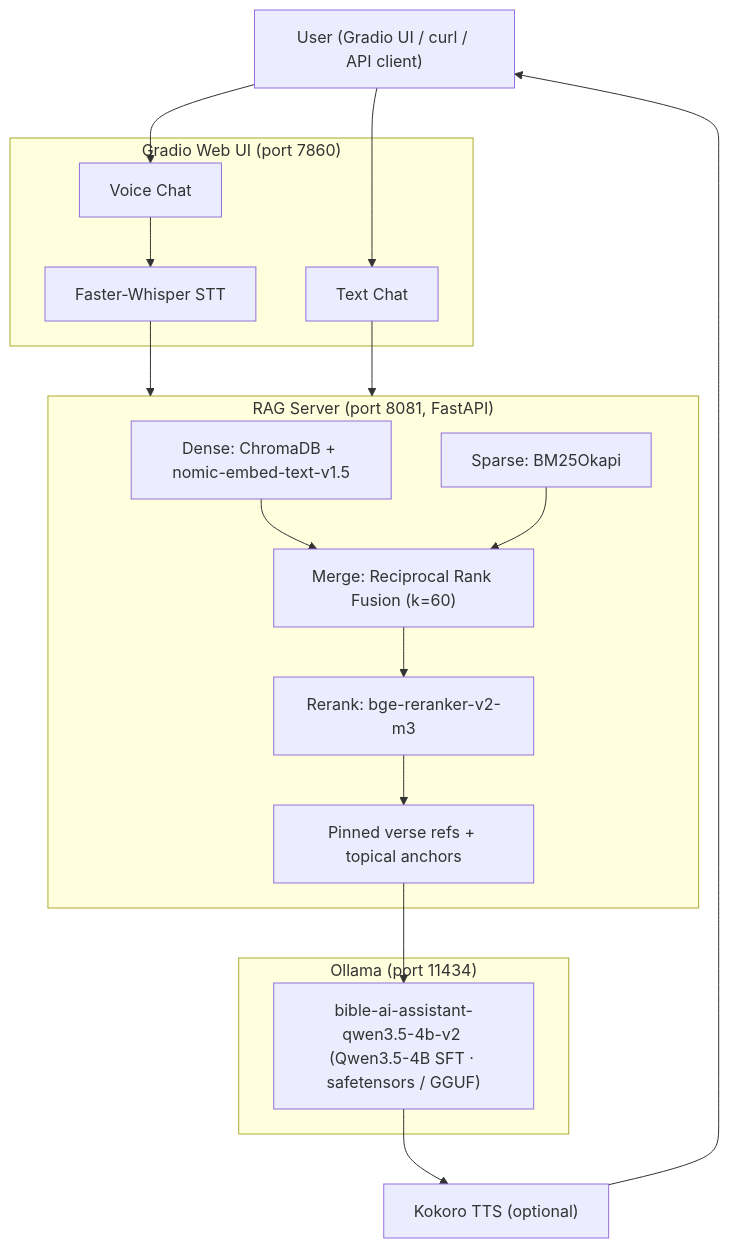
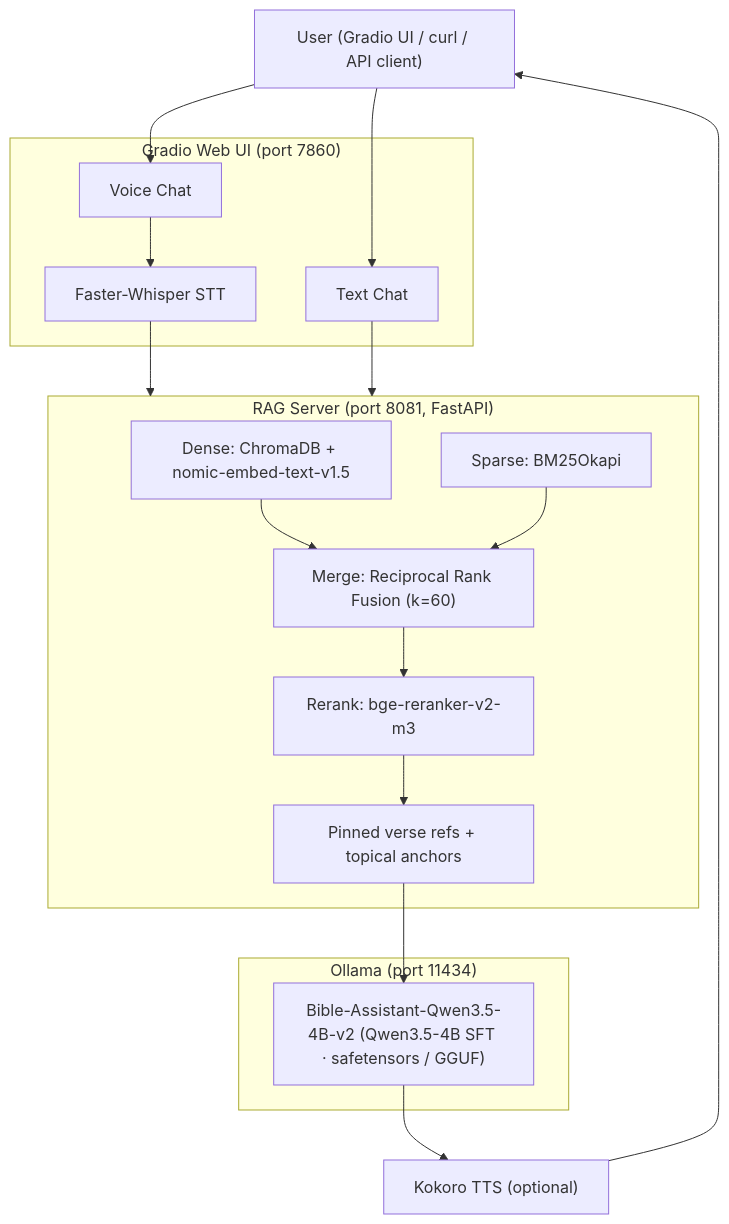
One commit to t-timms/bible-ai-assistant changed the diagram in README.md. Above: the diagram before and after it, drawn with Mermaid. The commit also changed other lines of this file and 2 other files, not shown here.

First line of the commit message:
docs: rename HF repo refs to Bible-Assistant-Qwen3.5-4B-v2

````diff
--- a/README.md
+++ b/README.md
@@ -37,39 +37,39 @@
 ```mermaid
 graph TD
     User["User (Gradio UI / curl / API client)"]
 
     subgraph UI ["Gradio Web UI (port 7860)"]
         TextChat["Text Chat"]
         VoiceChat["Voice Chat"]
         STT["Faster-Whisper STT"]
     end
 
     subgraph RAG ["RAG Server (port 8081, FastAPI)"]
         Dense["Dense: ChromaDB + nomic-embed-text-v1.5"]
         Sparse["Sparse: BM25Okapi"]
         RRF["Merge: Reciprocal Rank Fusion (k=60)"]
         Rerank["Rerank: bge-reranker-v2-m3"]
         Pinned["Pinned verse refs + topical anchors"]
     end
 
     subgraph LLM ["Ollama (port 11434)"]
-        Model["bible-ai-assistant-qwen3.5-4b-v2 (Qwen3.5-4B SFT · safetensors / GGUF)"]
+        Model["Bible-Assistant-Qwen3.5-4B-v2 (Qwen3.5-4B SFT · safetensors / GGUF)"]
     end
 
     TTS["Kokoro TTS (optional)"]
 
     User --> TextChat
     User --> VoiceChat
     VoiceChat --> STT
     STT --> RAG
     TextChat --> RAG
 
     Dense --> RRF
     Sparse --> RRF
     RRF --> Rerank
     Rerank --> Pinned
     Pinned --> Model
 
     Model --> TTS
     TTS --> User
 ```
````
